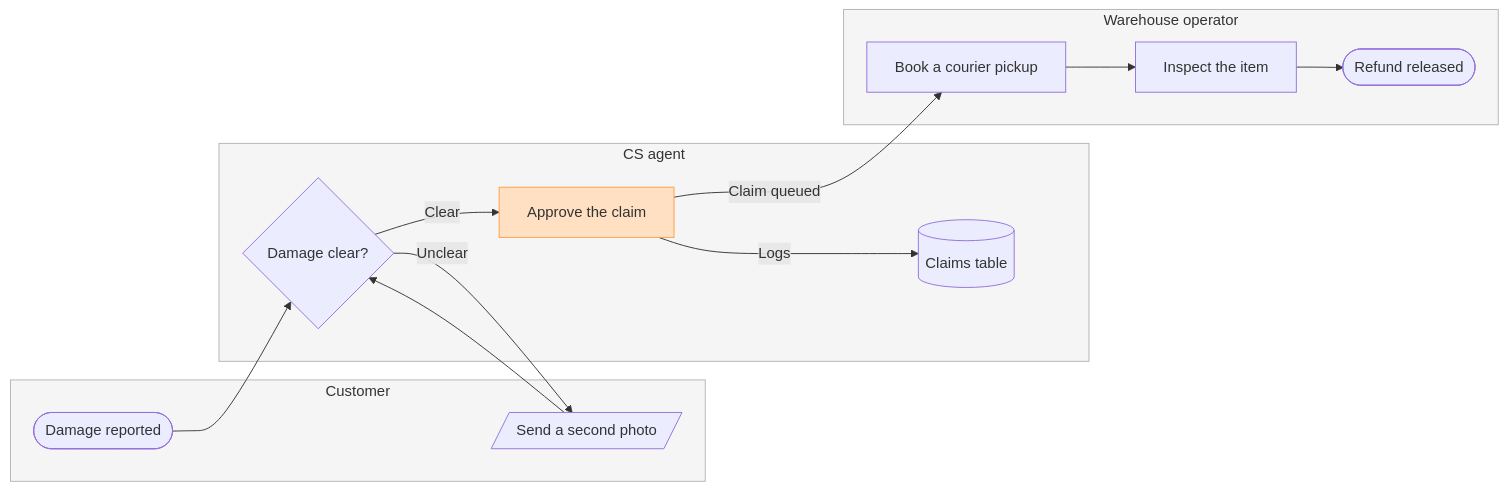
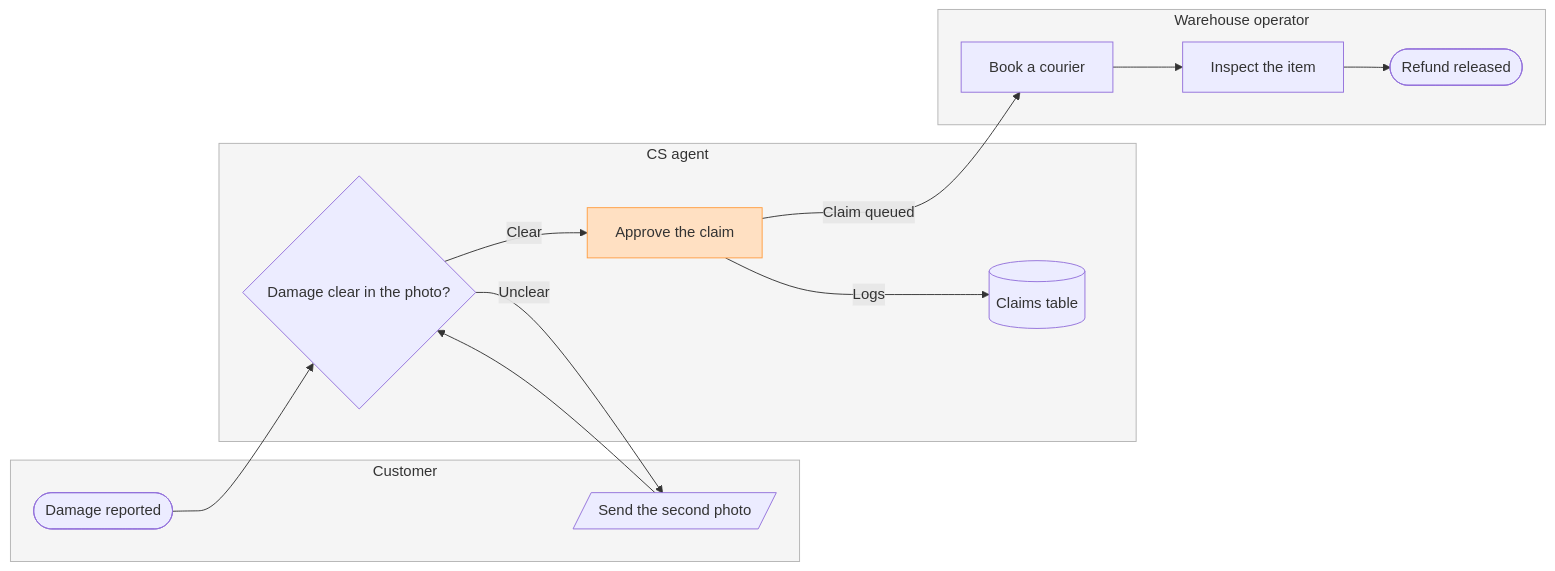
The diagram in claude project/knowledge/Product Owner - Examples - Flow - Process.md (MichelKerkmeester/product-owner_create-tickets-and-stories), drawn with Mermaid before and after one commit. The commit also changed other lines of this file and 37 other files, not shown here.

````diff
--- a/claude project/knowledge/Product Owner - Examples - Flow - Process.md
+++ b/claude project/knowledge/Product Owner - Examples - Flow - Process.md
@@ -57,33 +57,33 @@
 ```mermaid
 %% type: process
 flowchart LR
     %% title: Damaged-item refund
     %% subtitle: Who handles a damaged-item claim, from the customer's report to the released refund
     %% source: Source: the support runbook, Section 3. Left out: pickup skipped under €20, a pilot that is not live.
     subgraph customer ["Customer"]
         report([Damage reported])
-        photo[/Send a second photo/]
+        photo[/Send the second photo/]
     end
     subgraph cs ["CS agent"]
-        check{Damage clear?}
+        check{Damage clear in the photo?}
         approve[Approve the claim]
         log[(Claims table)]
     end
     subgraph warehouse ["Warehouse operator"]
-        pickup[Book a courier pickup]
+        pickup[Book a courier]
         inspect[Inspect the item]
         refund([Refund released])
     end
     report --> check
     check -->|Unclear| photo
     photo --> check
     check -->|Clear| approve
     approve -->|"Claim queued"| pickup
     approve -->|"Logs"| log
     pickup --> inspect
     inspect --> refund
     style customer fill:#F5F5F5,stroke:#B3B3B3
     style cs fill:#F5F5F5,stroke:#B3B3B3
     style warehouse fill:#F5F5F5,stroke:#B3B3B3
     style approve fill:#FFE0C2,stroke:#FF9E42
 ```
````
